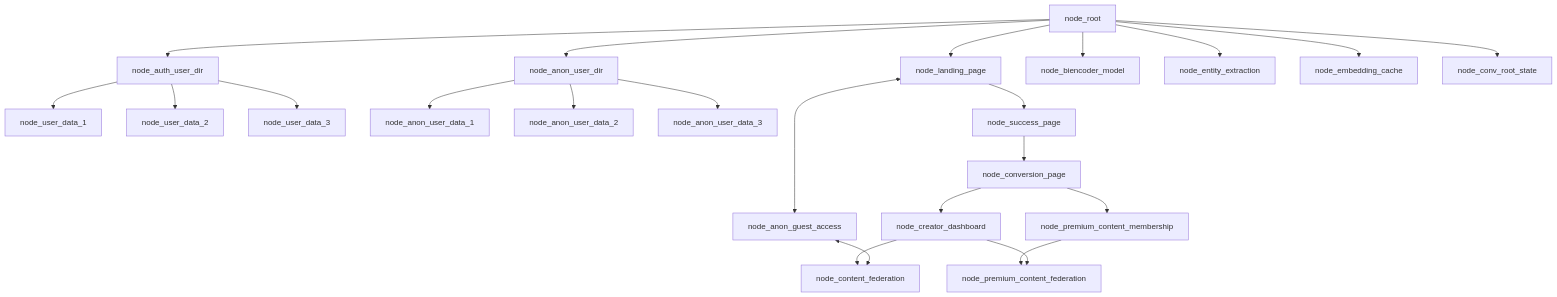
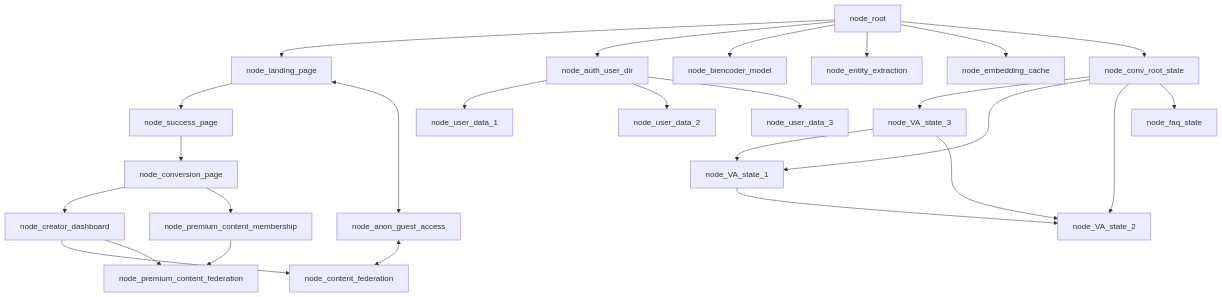
One commit to WrappedUsername/apexmite-jac changed the first of 2 diagrams in README.md. Above: the diagram before and after it, drawn with Mermaid.

````diff
--- a/README.md
+++ b/README.md
@@ -44,25 +44,28 @@
 ```mermaid
 graph TD;
     node_root-->node_landing_page
-    node_root-->node_anon_user_dir
     node_root-->node_auth_user_dir
     node_root-->node_biencoder_model
     node_root-->node_entity_extraction
     node_root-->node_embedding_cache
     node_root-->node_conv_root_state
+    node_conv_root_state-->node_VA_state_3
+    node_VA_state_3-->node_VA_state_1
+    node_VA_state_3-->node_VA_state_2
+    node_VA_state_1-->node_VA_state_2
+    node_conv_root_state-->node_VA_state_1
+    node_conv_root_state-->node_VA_state_2
+    node_conv_root_state-->node_faq_state
     node_auth_user_dir-->node_user_data_1
     node_auth_user_dir-->node_user_data_2
     node_auth_user_dir-->node_user_data_3
-    node_anon_user_dir-->node_anon_user_data_1
-    node_anon_user_dir-->node_anon_user_data_2
-    node_anon_user_dir-->node_anon_user_data_3
     node_landing_page-->node_success_page
     node_landing_page<-->node_anon_guest_access
     node_success_page-->node_conversion_page
     node_conversion_page-->node_creator_dashboard
     node_conversion_page-->node_premium_content_membership
     node_premium_content_membership-->node_premium_content_federation
     node_creator_dashboard-->node_content_federation
     node_creator_dashboard-->node_premium_content_federation
     node_anon_guest_access<-->node_content_federation
 ```
````
